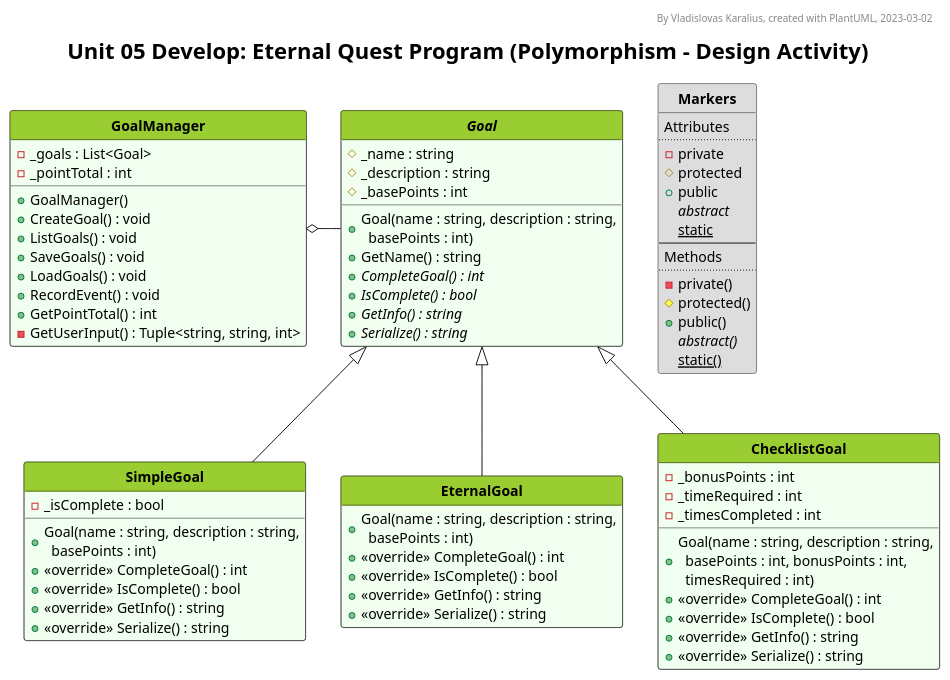
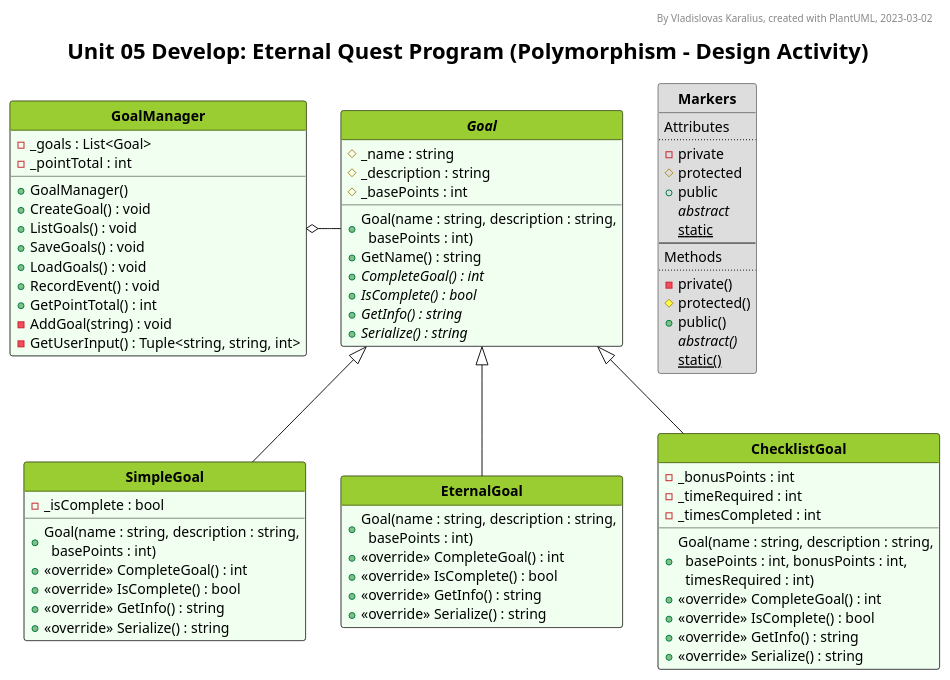
Before and after one commit to VladKaralius/cse210-projects: the diagram in prove/Develop05/UML_diagram.pu, drawn with PlantUML. The commit also changed 3 other files, not shown here.

```diff
--- a/prove/Develop05/UML_diagram.pu
+++ b/prove/Develop05/UML_diagram.pu
@@ -77,6 +77,7 @@
   + LoadGoals() : void
   + RecordEvent() : void
   + GetPointTotal() : int
+  - AddGoal(string) : void
   - GetUserInput() : Tuple<string, string, int>
 
 }
```
